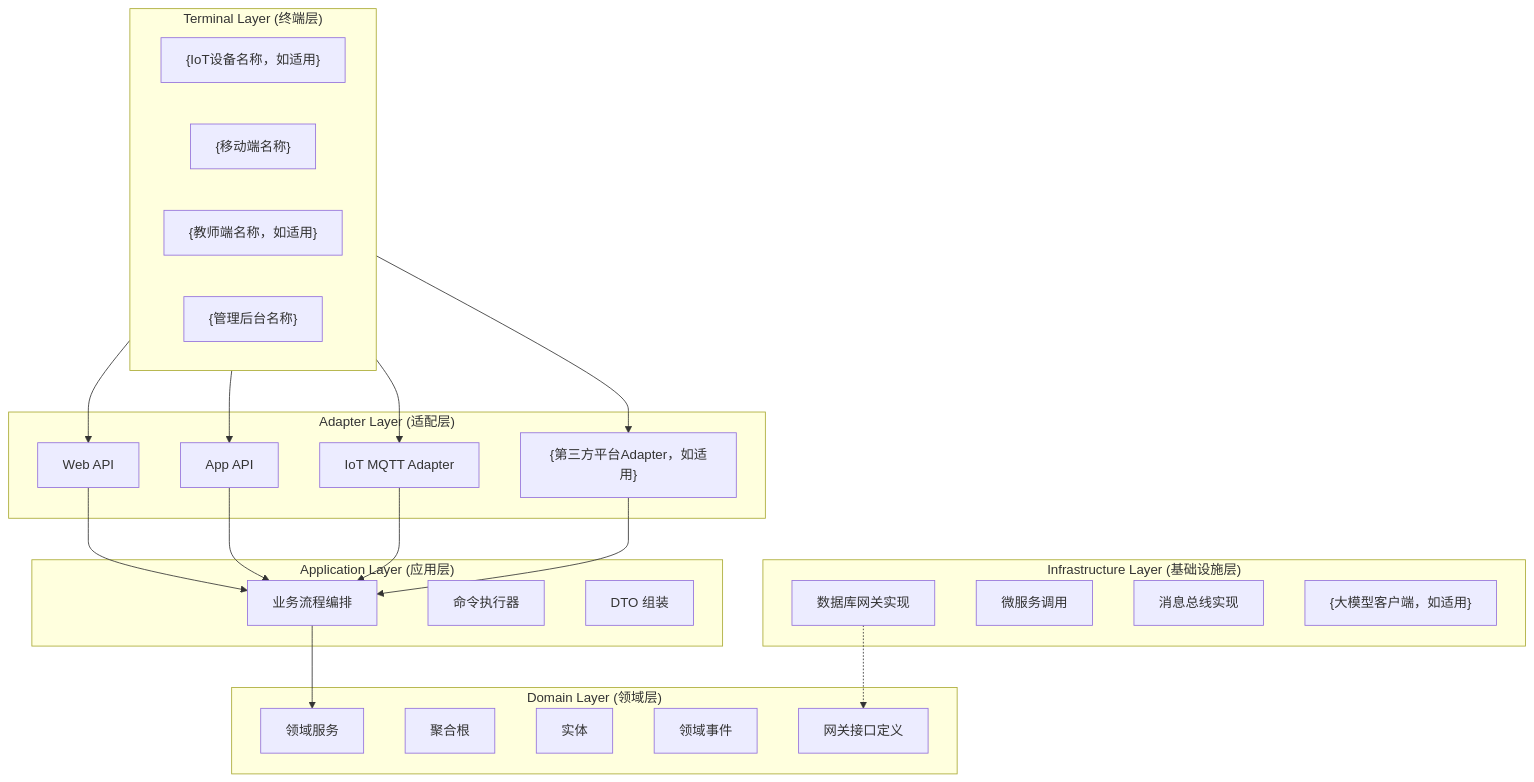
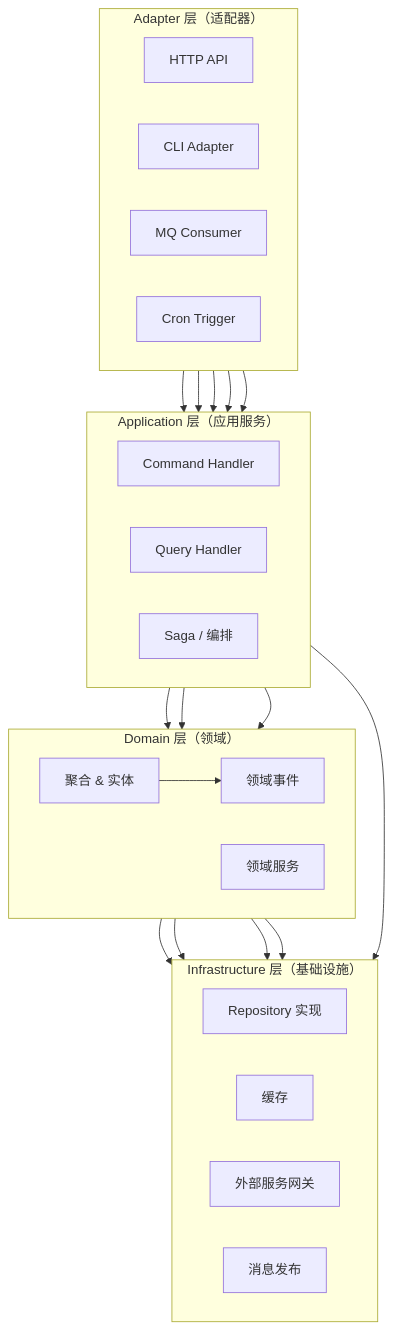
The first of 7 diagrams in skills/document-skills/full-stack-doc/templates/root/8、系统架构设计.md (partme-ai/full-stack-skills), drawn with Mermaid before and after one commit. The commit also changed other lines of this file and 14 other files, not shown here.

````diff
--- a/skills/document-skills/full-stack-doc/templates/root/8、系统架构设计.md
+++ b/skills/document-skills/full-stack-doc/templates/root/8、系统架构设计.md
@@ -206,56 +50,47 @@
 ```mermaid
 flowchart TD
-    subgraph "Terminal Layer (终端层)"
+    subgraph "Adapter 层（适配器）"
         direction LR
-        IoTDevice["{IoT设备名称，如适用}"]
-        MobileApp["{移动端名称}"]
-        TeacherApp["{教师端名称，如适用}"]
-        WebConsole["{管理后台名称}"]
+        HTTP["HTTP API"]
+        CLI_AD["CLI Adapter"]
+        MQ_AD["MQ Consumer"]
+        CRON_AD["Cron Trigger"]
     end
 
-    subgraph "Adapter Layer (适配层)"
-        WebController["Web API"]
-        MobileController["App API"]
-        IoTAdapter["IoT MQTT Adapter"]
-        DingTalkAdapter["{第三方平台Adapter，如适用}"]
+    subgraph "Application 层（应用服务）"
+        direction LR
+        CMD["Command Handler"]
+        QUERY["Query Handler"]
+        SAGA["Saga / 编排"]
     end
 
-    subgraph "Application Layer (应用层)"
-        WorkflowService["业务流程编排"]
-        CommandExecutor["命令执行器"]
-        DTOAssembler["DTO 组装"]
+    subgraph "Domain 层（领域）"
+        direction LR
+        AGG["聚合 & 实体"]
+        DS["领域服务"]
+        EVT["领域事件"]
     end
 
-    subgraph "Domain Layer (领域层)"
-        DomainService["领域服务"]
-        Aggregate["聚合根"]
-        Entity["实体"]
-        DomainEvent["领域事件"]
-        GatewayIntf["网关接口定义"]
+    subgraph "Infrastructure 层（基础设施）"
+        direction LR
+        REPO["Repository 实现"]
+        CACHE["缓存"]
+        EXT["外部服务网关"]
+        MSG["消息发布"]
     end
 
-    subgraph "Infrastructure Layer (基础设施层)"
-        DBImpl["数据库网关实现"]
-        RPCImpl["微服务调用"]
-        EventBusImpl["消息总线实现"]
-        LLMClient["{大模型客户端，如适用}"]
-    end
-
-    %% Terminal -> Adapter
-    IoTDevice --> IoTAdapter
-    MobileApp --> MobileController
-    TeacherApp --> DingTalkAdapter
-    WebConsole --> WebController
-
-    %% Adapter -> Application
-    WebController --> WorkflowService
-    MobileController --> WorkflowService
-    IoTAdapter --> WorkflowService
-    DingTalkAdapter --> WorkflowService
-
-    %% Application -> Domain
-    WorkflowService --> DomainService
-
-    %% Infrastructure Implementation
-    DBImpl -.-> GatewayIntf
+    HTTP --> CMD
+    HTTP --> QUERY
+    CLI_AD --> CMD
+    MQ_AD --> CMD
+    CRON_AD --> SAGA
+    CMD --> AGG
+    CMD --> DS
+    QUERY --> REPO
+    SAGA --> DS
+    AGG --> EVT
+    EVT --> MSG
+    DS --> REPO
+    DS --> CACHE
+    DS --> EXT
 ```
````
